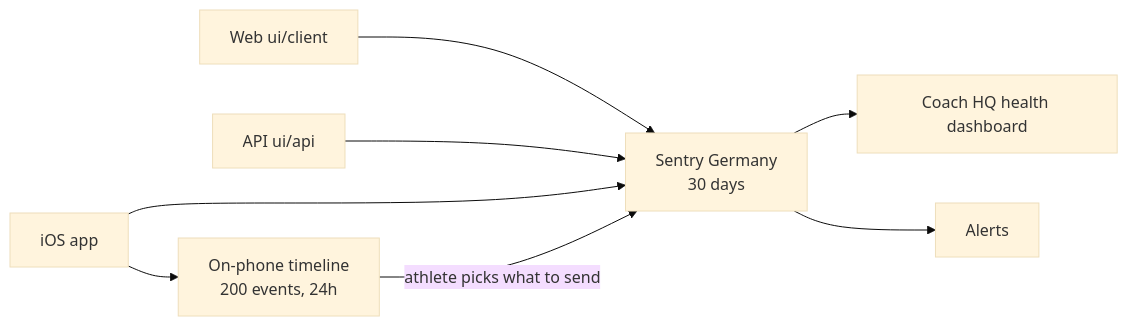
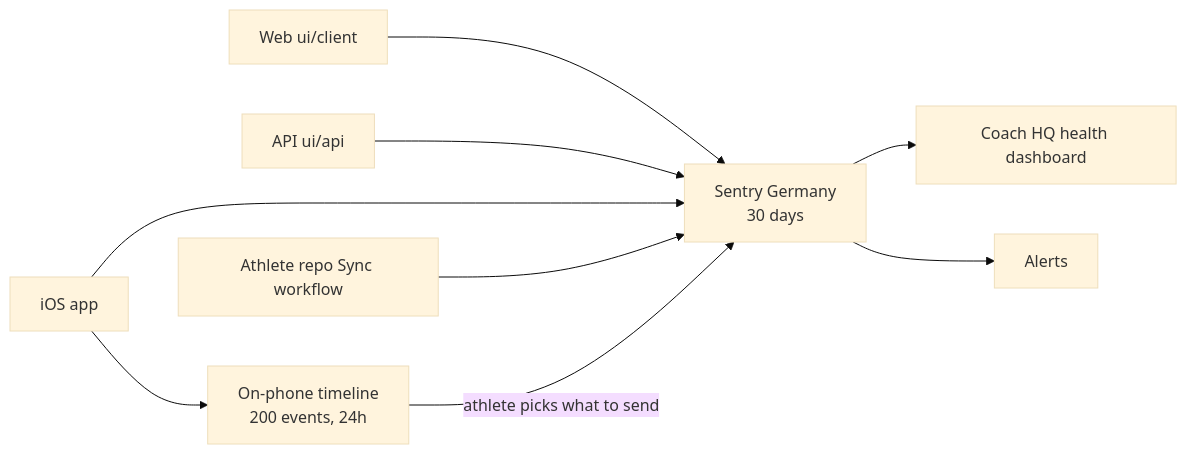
One commit to sibling-shipyard/coach-hq changed the diagram in docs/eng-docs/ops-observability.md. Above: the diagram before and after it, drawn with Mermaid (base theme). The commit also changed other lines of this file and 7 other files, not shown here.

First line of the commit message:
feat: alert Sentry when an athlete Sync fails (#876)

````diff
--- a/docs/eng-docs/ops-observability.md
+++ b/docs/eng-docs/ops-observability.md
@@ -14,10 +14,11 @@
 ```mermaid
 flowchart LR
   W["Web ui/client"] --> S["Sentry Germany<br/>30 days"]
   A["API ui/api"] --> S
   I["iOS app"] --> S
+  Y["Athlete repo Sync workflow"] --> S
   I --> T["On-phone timeline<br/>200 events, 24h"]
   T -->|"athlete picks what to send"| S
   S --> D["Coach HQ health dashboard"]
   S --> L["Alerts"]
 ```
````
